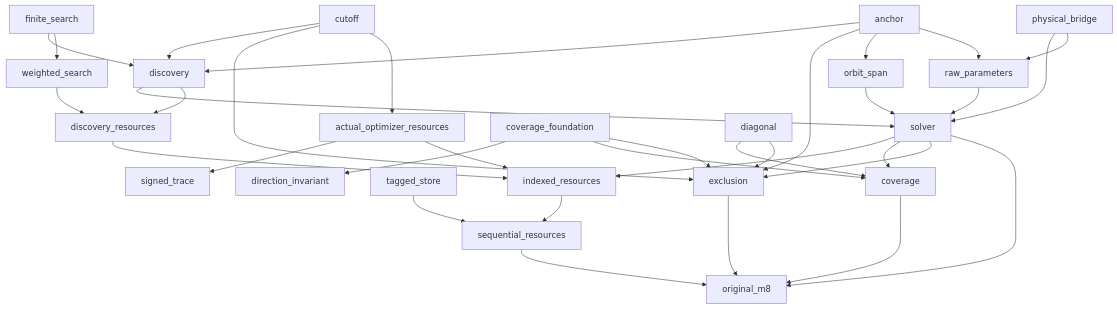
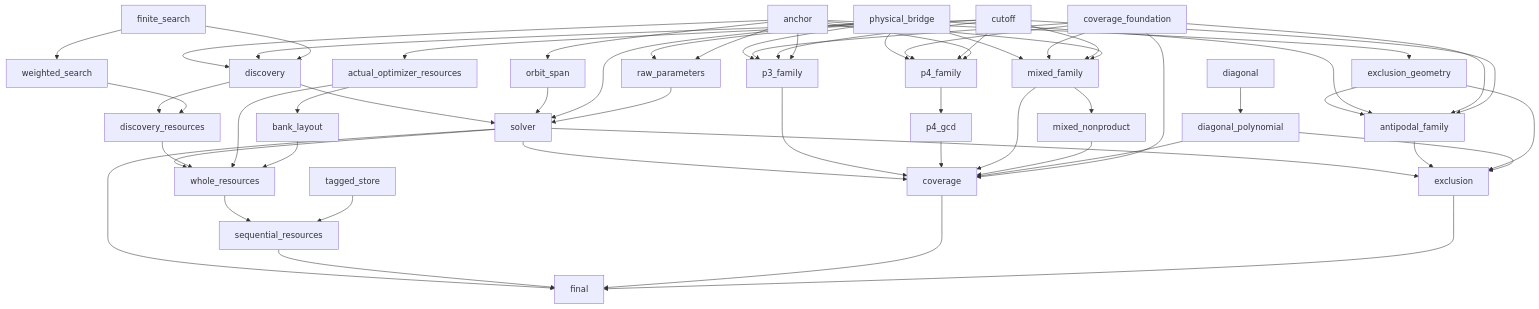
One commit to humanfia/science-mango changed the diagram in pipelines/quantum_formalize/examples/m8/GRAPH.md. Above: the diagram before and after it, drawn with Mermaid. The commit also changed other lines of this file and 1107 other files, not shown here.

````diff
--- a/pipelines/quantum_formalize/examples/m8/GRAPH.md
+++ b/pipelines/quantum_formalize/examples/m8/GRAPH.md
@@ -17,32 +17,22 @@
   orbit_span --> solver
   physical_bridge --> solver
   raw_parameters --> solver
-  signed_trace["signed_trace"]
-  actual_optimizer_resources --> signed_trace
-  indexed_resources["indexed_resources"]
-  solver --> indexed_resources
-  discovery_resources --> indexed_resources
-  actual_optimizer_resources --> indexed_resources
   sequential_resources["sequential_resources"]
-  indexed_resources --> sequential_resources
+  whole_resources --> sequential_resources
   tagged_store --> sequential_resources
-  direction_invariant["direction_invariant"]
-  coverage_foundation --> direction_invariant
   coverage["coverage"]
   solver --> coverage
+  p3_family --> coverage
+  p4_gcd --> coverage
+  mixed_family --> coverage
+  mixed_nonproduct --> coverage
+  diagonal_polynomial --> coverage
   coverage_foundation --> coverage
-  diagonal --> coverage
   exclusion["exclusion"]
   solver --> exclusion
-  anchor --> exclusion
-  cutoff --> exclusion
-  coverage_foundation --> exclusion
-  diagonal --> exclusion
-  original_m8["original_m8"]
-  solver --> original_m8
-  sequential_resources --> original_m8
-  coverage --> original_m8
-  exclusion --> original_m8
+  antipodal_family --> exclusion
+  exclusion_geometry --> exclusion
+  diagonal_polynomial --> exclusion
   orbit_span["orbit_span"]
   anchor --> orbit_span
   weighted_search["weighted_search"]
@@ -58,4 +48,44 @@
   weighted_search --> discovery_resources
   coverage_foundation["coverage_foundation"]
   diagonal["diagonal"]
+  p3_family["p3_family"]
+  physical_bridge --> p3_family
+  coverage_foundation --> p3_family
+  cutoff --> p3_family
+  anchor --> p3_family
+  p4_family["p4_family"]
+  physical_bridge --> p4_family
+  coverage_foundation --> p4_family
+  cutoff --> p4_family
+  anchor --> p4_family
+  p4_gcd["p4_gcd"]
+  p4_family --> p4_gcd
+  mixed_family["mixed_family"]
+  physical_bridge --> mixed_family
+  coverage_foundation --> mixed_family
+  cutoff --> mixed_family
+  anchor --> mixed_family
+  mixed_nonproduct["mixed_nonproduct"]
+  mixed_family --> mixed_nonproduct
+  diagonal_polynomial["diagonal_polynomial"]
+  diagonal --> diagonal_polynomial
+  exclusion_geometry["exclusion_geometry"]
+  anchor --> exclusion_geometry
+  antipodal_family["antipodal_family"]
+  exclusion_geometry --> antipodal_family
+  physical_bridge --> antipodal_family
+  coverage_foundation --> antipodal_family
+  cutoff --> antipodal_family
+  bank_layout["bank_layout"]
+  actual_optimizer_resources --> bank_layout
+  whole_resources["whole_resources"]
+  solver --> whole_resources
+  discovery_resources --> whole_resources
+  actual_optimizer_resources --> whole_resources
+  bank_layout --> whole_resources
+  final["final"]
+  solver --> final
+  sequential_resources --> final
+  coverage --> final
+  exclusion --> final
 ```
````
